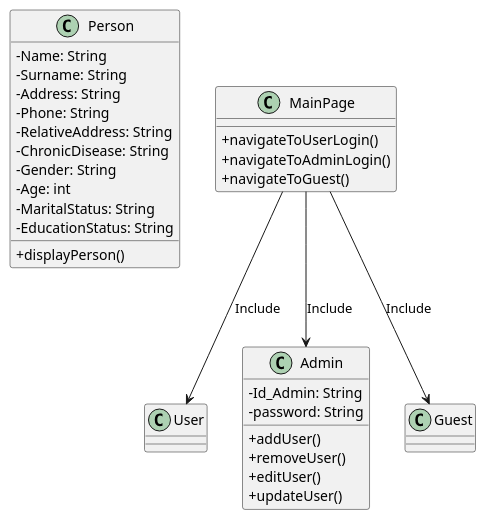
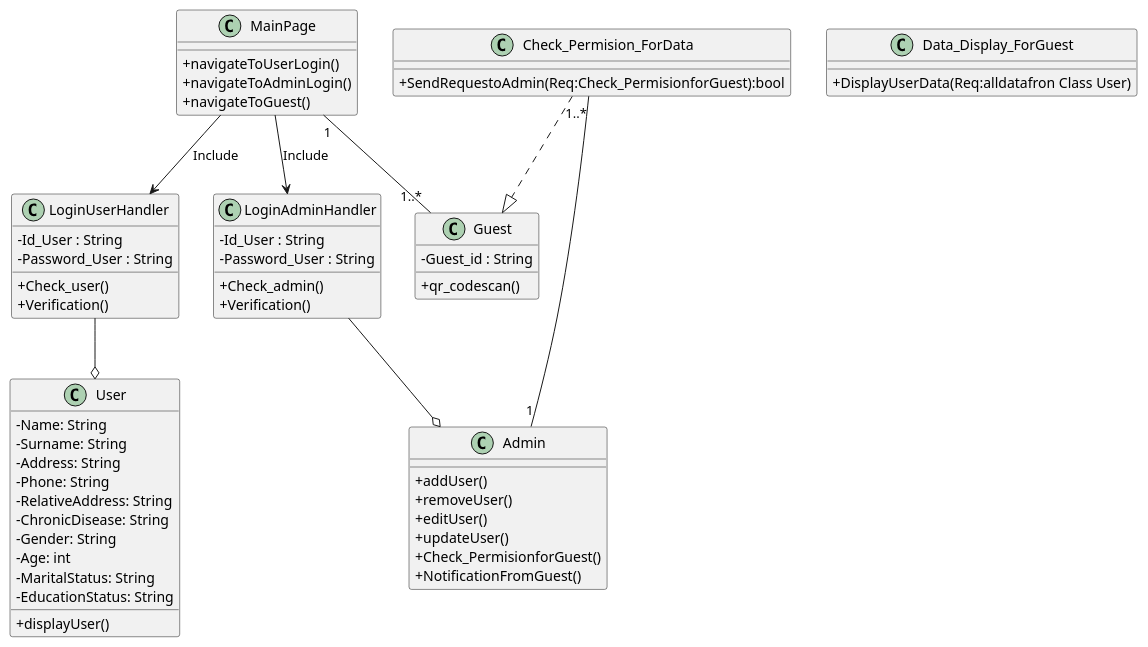
The diagram in class diagram.puml (KananTrooper/Di-grm), drawn with PlantUML before and after one commit. The commit also changed 1 other file, not shown here.

Commit message:
Diagram with Chapter 1
เพิ่มบทที่  1

```diff
--- a/class diagram.puml
+++ b/class diagram.puml
@@ -1,42 +1,76 @@
 @startuml
 skinparam classAttributeIconSize 0
-class Person {
 
+class MainPage {
+  + navigateToUserLogin()
+  + navigateToAdminLogin()
+  + navigateToGuest()
+}
+
+class User {
   - Name: String
   - Surname: String
   - Address: String
   - Phone: String
   - RelativeAddress: String
   - ChronicDisease: String
   - Gender: String
   - Age: int
   - MaritalStatus: String
   - EducationStatus: String
   
 
-  + displayPerson()
+  + displayUser()
 }
-
-class MainPage {
-  + navigateToUserLogin()
-  + navigateToAdminLogin()
-  + navigateToGuest()
-}
-
-class User {}
 class Admin {
-    - Id_Admin: String
-    - password: String
 
     + addUser()
     + removeUser()
     + editUser()
     + updateUser()
+    + Check_PermisionforGuest()
+    + NotificationFromGuest()
 
 }
-class Guest {}
+class LoginUserHandler{
+  - Id_User : String
+  - Password_User : String
 
-MainPage --> User : Include
-MainPage --> Admin : Include
-MainPage --> Guest : Include
+  + Check_user()
+  + Verification()
+}
+class LoginAdminHandler{
+  - Id_User : String
+  - Password_User : String
+
+  + Check_admin()
+  + Verification()
+}
+class Guest {
+  - Guest_id : String
+
+  +qr_codescan()
+
+}
+class Check_Permision_ForData{
+  
+  + SendRequestoAdmin(Req:Check_PermisionforGuest):bool
+}
+class Data_Display_ForGuest{
+
+  + DisplayUserData(Req:alldatafron Class User)
+}
+
+
+
+MainPage --> LoginUserHandler : Include
+MainPage --> LoginAdminHandler : Include
+MainPage "1"-- "1..*" Guest 
+
+
+LoginUserHandler --o User 
+LoginAdminHandler --o Admin 
+
+Check_Permision_ForData ..|> Guest
+Check_Permision_ForData "1..*" -- "1" Admin
 @enduml
```
